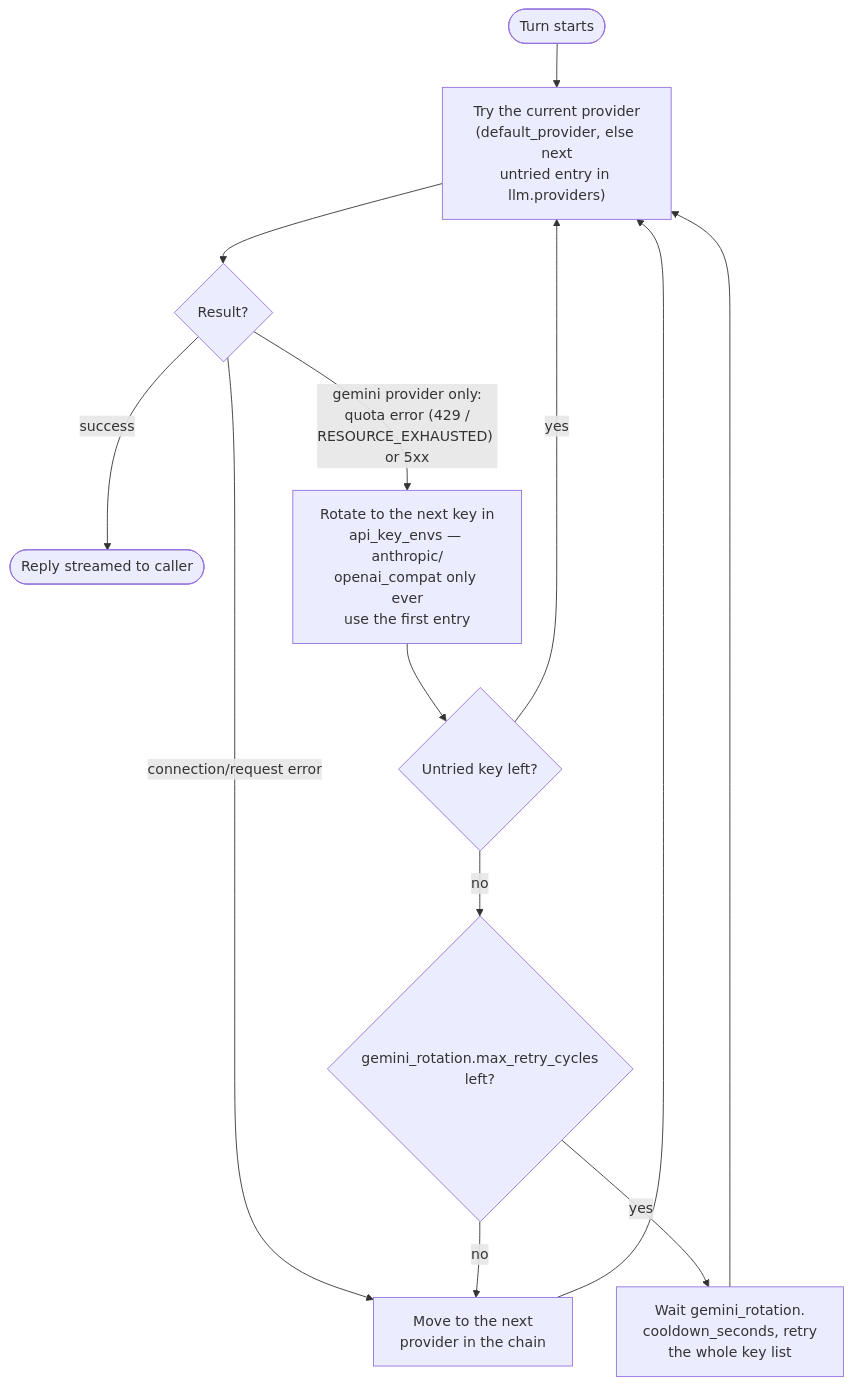
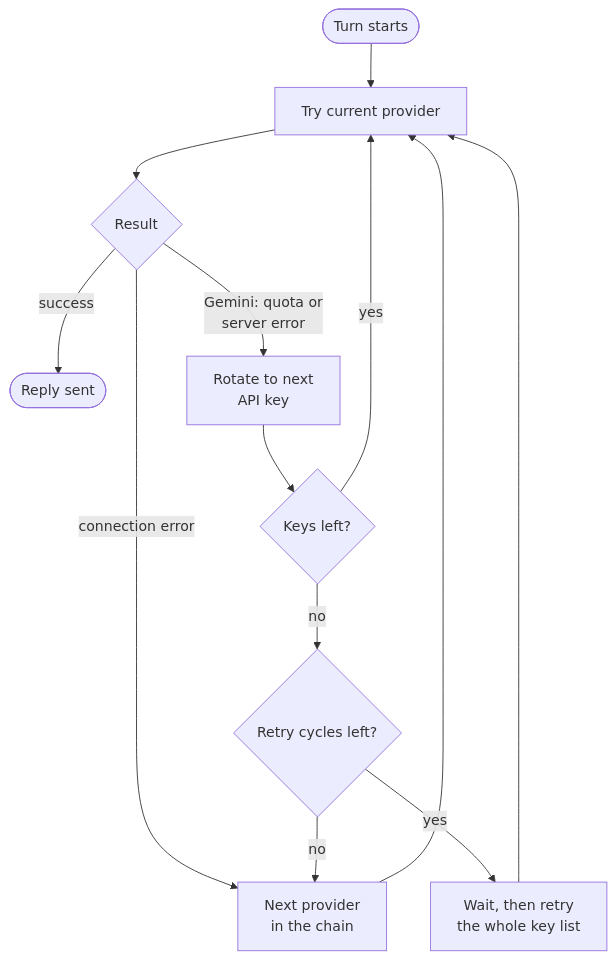
One commit to archer-developer/miranda changed the second of 6 diagrams in README.md. Above: the diagram before and after it, drawn with Mermaid. The commit also changed other lines of this file, not shown here.

````diff
--- a/README.md
+++ b/README.md
@@ -147,15 +138,15 @@
 ```mermaid
 flowchart TD
-    A(["Turn starts"]) --> B["Try the current provider<br/>(default_provider, else next<br/>untried entry in llm.providers)"]
-    B --> C{"Result?"}
-    C -->|"success"| Z(["Reply streamed to caller"])
-    C -->|"connection/request error"| D["Move to the next<br/>provider in the chain"]
+    A(["Turn starts"]) --> B["Try current provider"]
+    B --> C{"Result"}
+    C -->|"success"| Z(["Reply sent"])
+    C -->|"connection error"| D["Next provider<br/>in the chain"]
     D --> B
-    C -->|"gemini provider only:<br/>quota error (429 /<br/>RESOURCE_EXHAUSTED) or 5xx"| E["Rotate to the next key in<br/>api_key_envs — anthropic/<br/>openai_compat only ever<br/>use the first entry"]
-    E --> F{"Untried key left?"}
+    C -->|"Gemini: quota or<br/>server error"| E["Rotate to next<br/>API key"]
+    E --> F{"Keys left?"}
     F -->|"yes"| B
-    F -->|"no"| G{"gemini_rotation.max_retry_cycles<br/>left?"}
-    G -->|"yes"| H["Wait gemini_rotation.<br/>cooldown_seconds, retry<br/>the whole key list"]
+    F -->|"no"| G{"Retry cycles left?"}
+    G -->|"yes"| H["Wait, then retry<br/>the whole key list"]
     H --> B
     G -->|"no"| D
 ```
````
